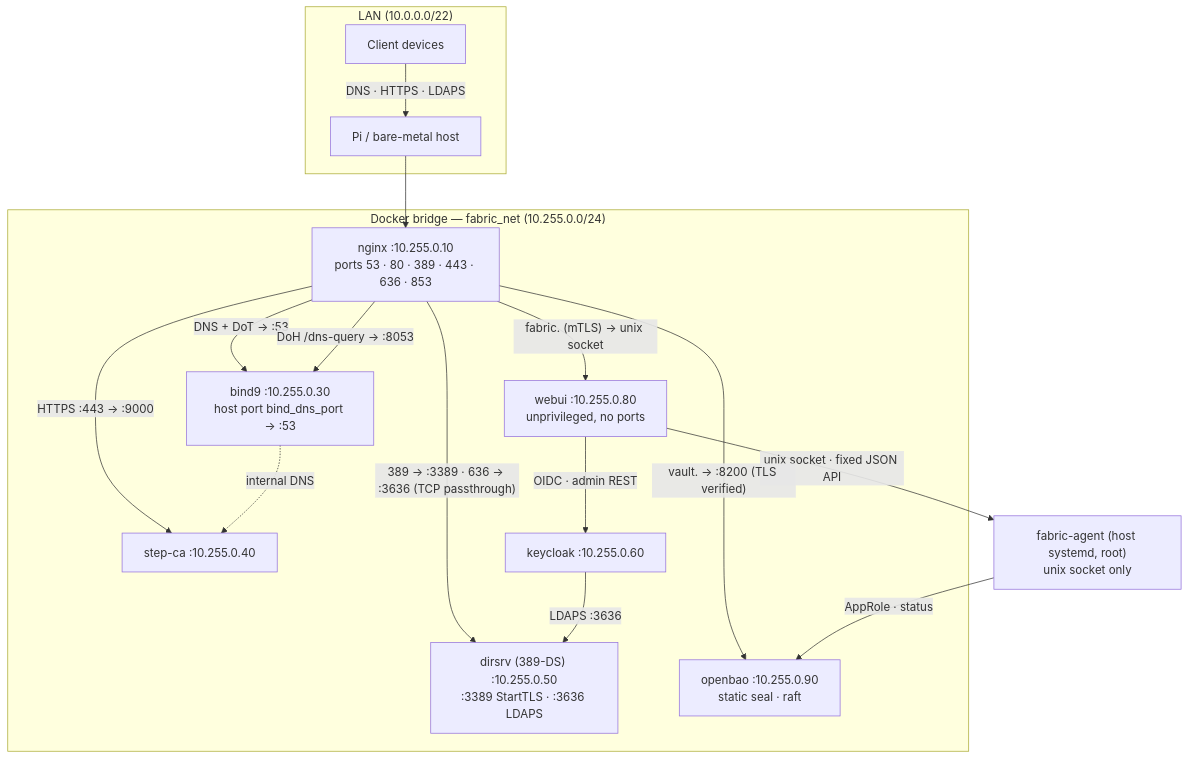
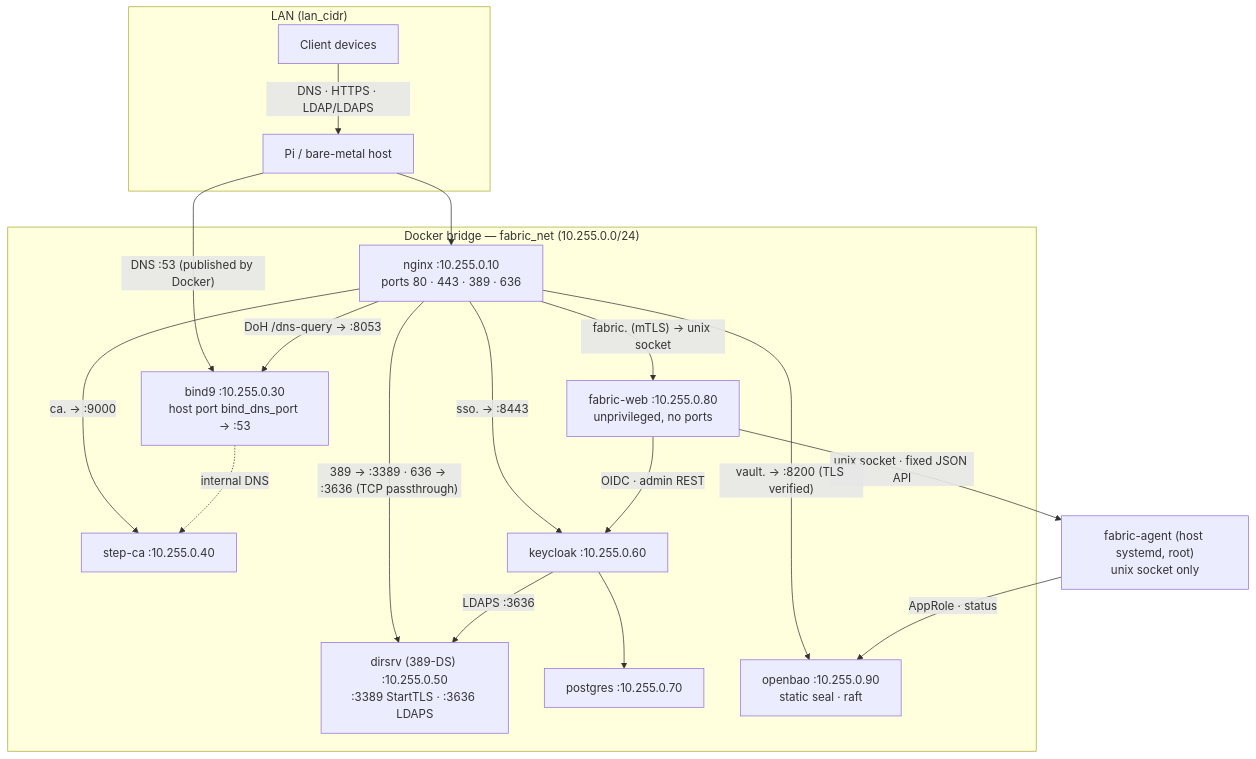
Before and after one commit to archdukejim/open-fabric: the first of 3 diagrams in docs/architecture.md, drawn with Mermaid. The commit also changed other lines of this file and 51 other files, not shown here.

````diff
--- a/docs/architecture.md
+++ b/docs/architecture.md
@@ -108,33 +89,36 @@
 ```mermaid
 graph TB
-    subgraph LAN["LAN (10.0.0.0/22)"]
+    subgraph LAN["LAN (lan_cidr)"]
         CLIENT[Client devices]
         HOST[Pi / bare-metal host]
     end
 
     subgraph FABRIC["Docker bridge — fabric_net (10.255.0.0/24)"]
-        NGINX["nginx :10.255.0.10\nports 53 · 80 · 389 · 443 · 636 · 853"]
+        NGINX["nginx :10.255.0.10\nports 80 · 443 · 389 · 636"]
         BIND9["bind9 :10.255.0.30\nhost port bind_dns_port → :53"]
         STEPCA["step-ca :10.255.0.40"]
         LDAP["dirsrv (389-DS) :10.255.0.50\n:3389 StartTLS · :3636 LDAPS"]
         KC["keycloak :10.255.0.60"]
-        WEB["webui :10.255.0.80\nunprivileged, no ports"]
+        PG["postgres :10.255.0.70"]
+        WEB["fabric-web :10.255.0.80\nunprivileged, no ports"]
         BAO["openbao :10.255.0.90\nstatic seal · raft"]
     end
 
     AGENT["fabric-agent (host systemd, root)\nunix socket only"]
 
-    CLIENT -->|"DNS · HTTPS · LDAPS"| HOST
+    CLIENT -->|"DNS · HTTPS · LDAP/LDAPS"| HOST
+    HOST -->|"DNS :53 (published by Docker)"| BIND9
     HOST --> NGINX
-    NGINX -->|"DNS + DoT → :53"| BIND9
     NGINX -->|"DoH /dns-query → :8053"| BIND9
     NGINX -->|"389 → :3389 · 636 → :3636 (TCP passthrough)"| LDAP
     NGINX -->|"fabric.<domain> (mTLS) → unix socket"| WEB
+    NGINX -->|"sso.<domain> → :8443"| KC
     WEB -->|"OIDC · admin REST"| KC
     WEB -->|"unix socket · fixed JSON API"| AGENT
     KC -->|"LDAPS :3636"| LDAP
-    NGINX -->|"HTTPS :443 → :9000"| STEPCA
+    KC --> PG
+    NGINX -->|"ca.<domain> → :9000"| STEPCA
     NGINX -->|"vault.<domain> → :8200 (TLS verified)"| BAO
     AGENT -->|"AppRole · status"| BAO
     BIND9 -.->|"internal DNS"| STEPCA
 ```
````
